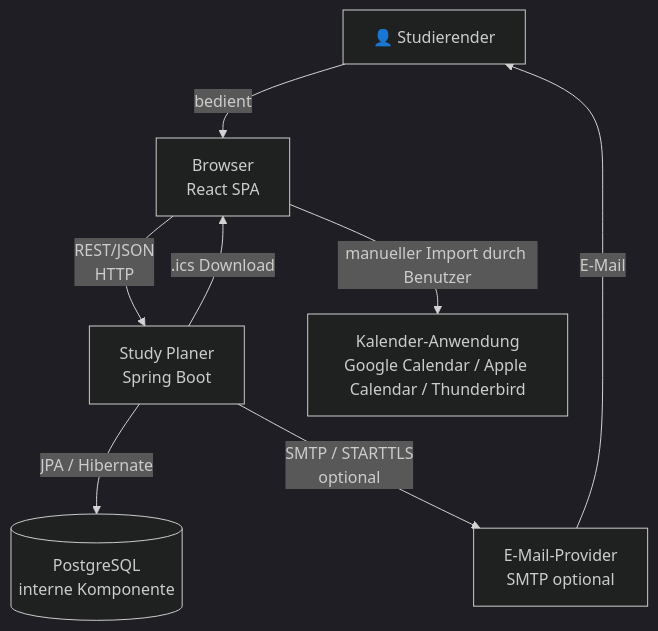
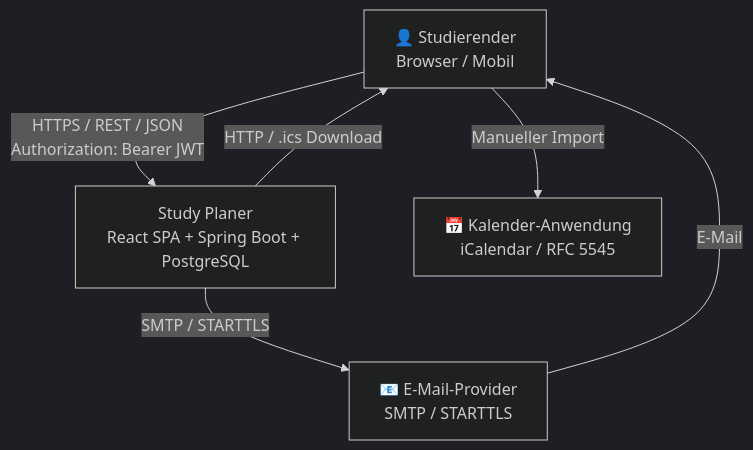
One commit to nura203/wk1106-wirtschaftsinformatik-projekt-1 changed the second of 2 diagrams in arch/03-kontextabgrenzung.md. Above: the diagram before and after it, drawn with Mermaid (dark theme). The commit also changed other lines of this file, not shown here.

````diff
--- a/arch/03-kontextabgrenzung.md
+++ b/arch/03-kontextabgrenzung.md
@@ -35,17 +37,13 @@
 ```mermaid
 graph TD
-    Nutzer["👤 Studierender"]
-    Browser["Browser<br/>React SPA"]
-    Backend["Study Planer<br/>Spring Boot"]
-    DB[("PostgreSQL<br/>interne Komponente")]
-    SMTP["E-Mail-Provider<br/>SMTP optional"]
-    Calendar["Kalender-Anwendung<br/>Google Calendar / Apple Calendar / Thunderbird"]
+    Nutzer["👤 Studierender<br/>Browser / Mobil"]
+    SP[" Study Planer<br/>React SPA + Spring Boot + PostgreSQL"]
+    SMTP["📧 E-Mail-Provider<br/>SMTP / STARTTLS"]
+    Cal["📅 Kalender-Anwendung<br/>iCalendar / RFC 5545"]
 
-    Nutzer -->|"bedient"| Browser
-    Browser -->|"REST/JSON<br/>HTTP"| Backend
-    Backend -->|"JPA / Hibernate"| DB
-    Backend -->|"SMTP / STARTTLS<br/>optional"| SMTP
+    Nutzer -->|"HTTPS / REST / JSON<br/>Authorization: Bearer JWT"| SP
+    SP -->|"SMTP / STARTTLS"| SMTP
     SMTP -->|"E-Mail"| Nutzer
-    Backend -->|".ics Download"| Browser
-    Browser -->|"manueller Import durch Benutzer"| Calendar
+    SP -->|"HTTP / .ics Download"| Nutzer
+    Nutzer -->|"Manueller Import"| Cal
 ```
````
